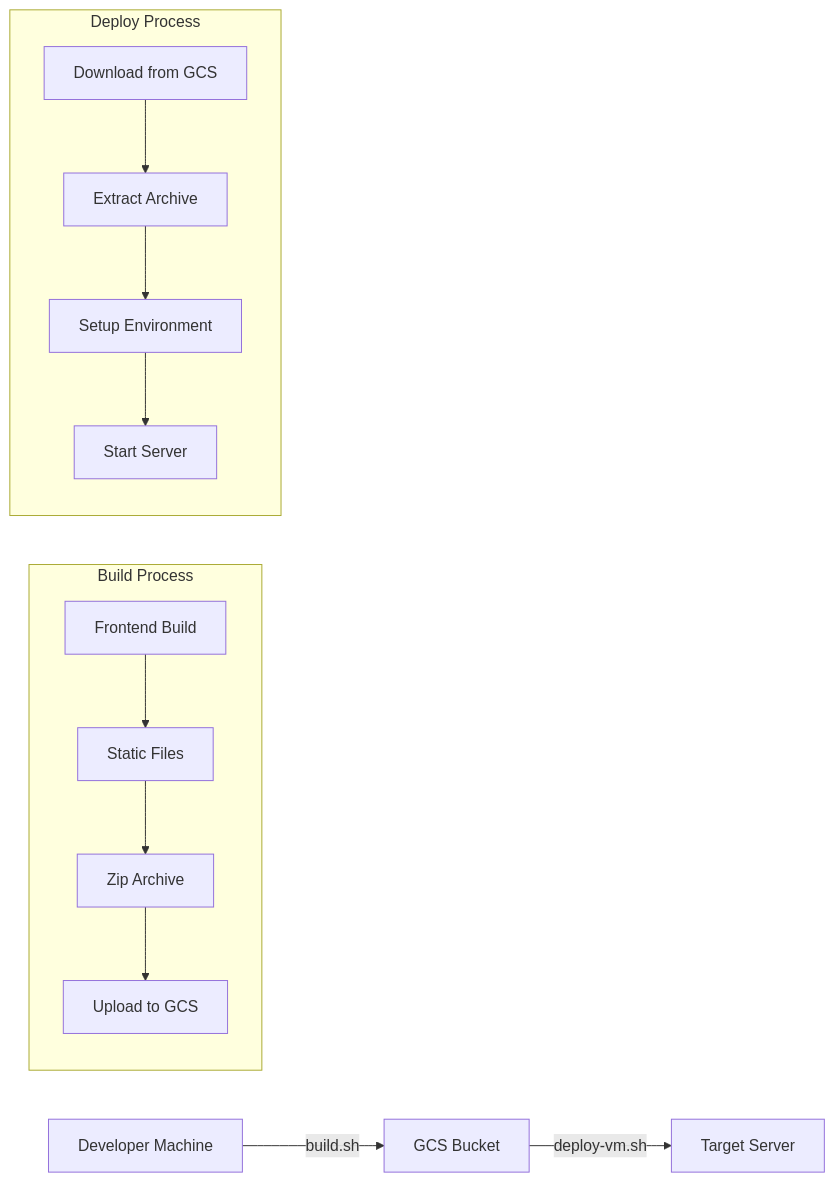
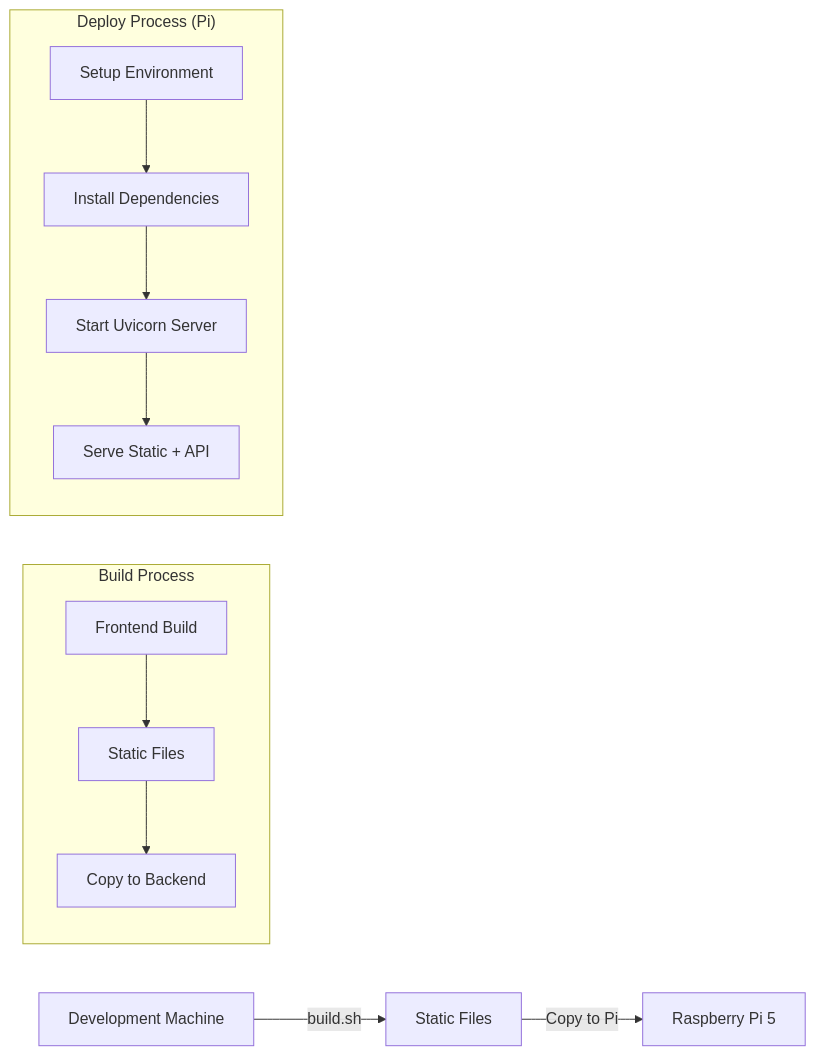
Before and after one commit to justmeloic/flowgen: the third of 3 diagrams in README.md, drawn with Mermaid. The commit also changed other lines of this file and 6 other files, not shown here.

First line of the commit message:
feat(deploy): Optimize for Raspberry Pi 5 deployment

````diff
--- a/README.md
+++ b/README.md
@@ -308,17 +295,16 @@
 ```mermaid
 graph LR
-    A[Developer Machine] -->|build.sh| B[GCS Bucket]
-    B -->|deploy-vm.sh| C[Target Server]
+    A[Development Machine] -->|build.sh| B[Static Files]
+    B -->|Copy to Pi| C[Raspberry Pi 5]
 
     subgraph "Build Process"
         A1[Frontend Build] --> A2[Static Files]
-        A2 --> A3[Zip Archive]
-        A3 --> A4[Upload to GCS]
+        A2 --> A3[Copy to Backend]
     end
 
-    subgraph "Deploy Process"
-        C1[Download from GCS] --> C2[Extract Archive]
-        C2 --> C3[Setup Environment]
-        C3 --> C4[Start Server]
+    subgraph "Deploy Process (Pi)"
+        C1[Setup Environment] --> C2[Install Dependencies]
+        C2 --> C3[Start Uvicorn Server]
+        C3 --> C4[Serve Static + API]
     end
 ```
````
